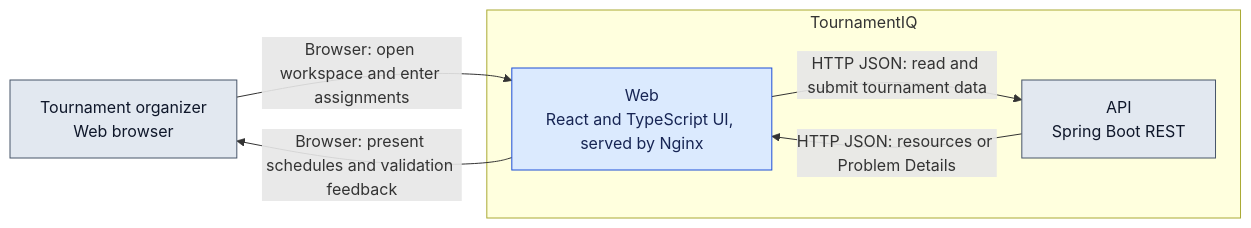
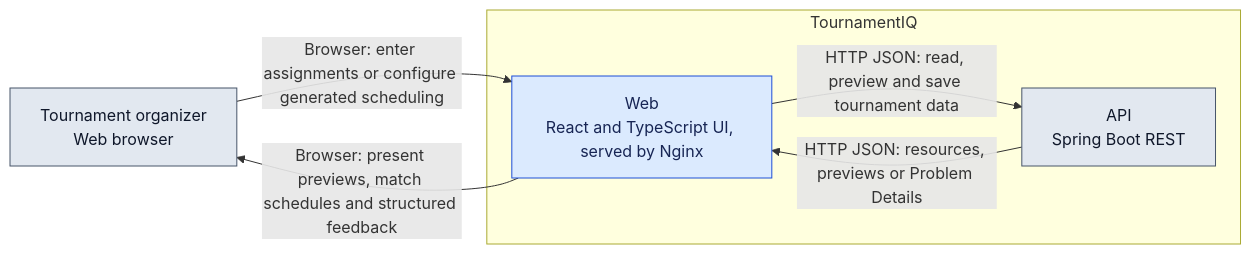
One commit to DmytroBrat/tournament-iq changed the diagram in docs/Target Architecture (HLD)/v1/Containers/Web.md. Above: the diagram before and after it, drawn with Mermaid. The commit also changed other lines of this file and 11 other files, not shown here.

````diff
--- a/docs/Target Architecture (HLD)/v1/Containers/Web.md
+++ b/docs/Target Architecture (HLD)/v1/Containers/Web.md
@@ -13,14 +13,14 @@
 ```mermaid
 flowchart LR
     Organizer["Tournament organizer<br/>Web browser"]:::context
     subgraph TournamentIQ["TournamentIQ"]
         Web["Web<br/>React and TypeScript UI, served by Nginx"]:::required
         API["API<br/>Spring Boot REST"]:::context
-        Web -->|"HTTP JSON: read and submit tournament data"| API
-        API -->|"HTTP JSON: resources or Problem Details"| Web
+        Web -->|"HTTP JSON: read, preview and save tournament data"| API
+        API -->|"HTTP JSON: resources, previews or Problem Details"| Web
     end
-    Organizer -->|"Browser: open workspace and enter assignments"| Web
-    Web -->|"Browser: present schedules and validation feedback"| Organizer
+    Organizer -->|"Browser: enter assignments or configure generated scheduling"| Web
+    Web -->|"Browser: present previews, match schedules and structured feedback"| Organizer
     classDef context fill:#e2e8f0,stroke:#475569,color:#0f172a
     classDef required fill:#dbeafe,stroke:#1d4ed8,color:#172554
 ```
````
